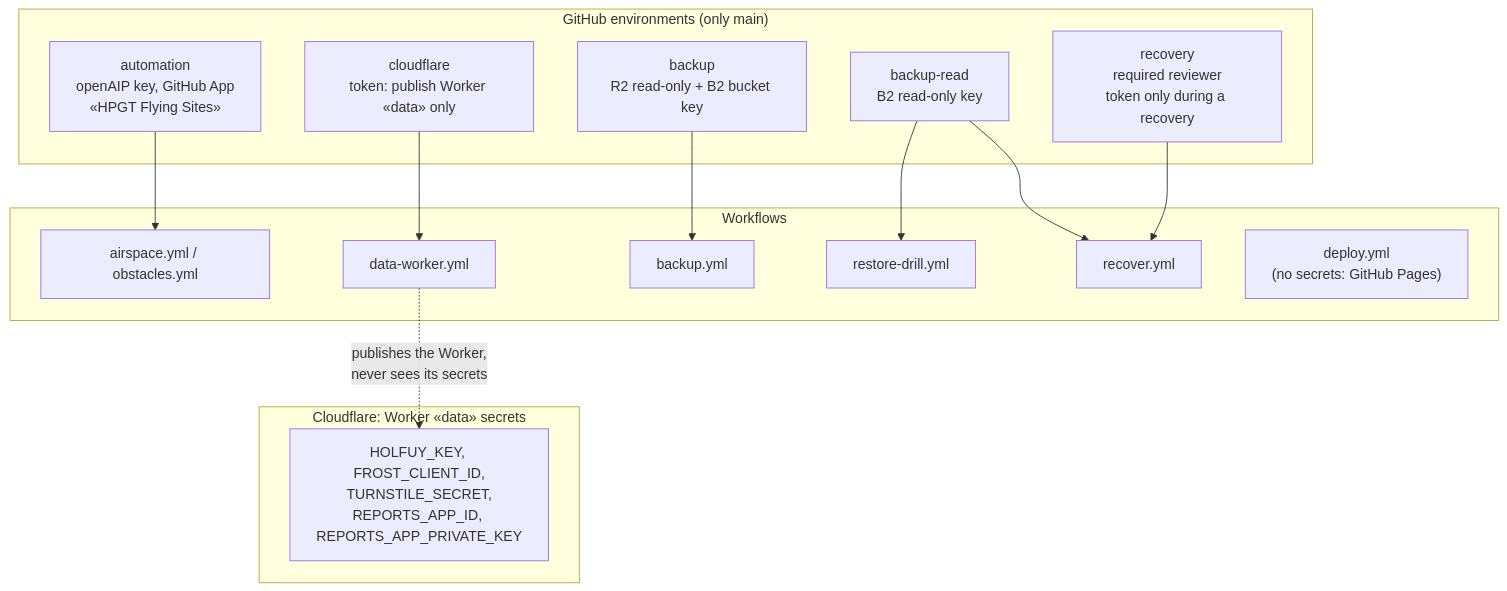
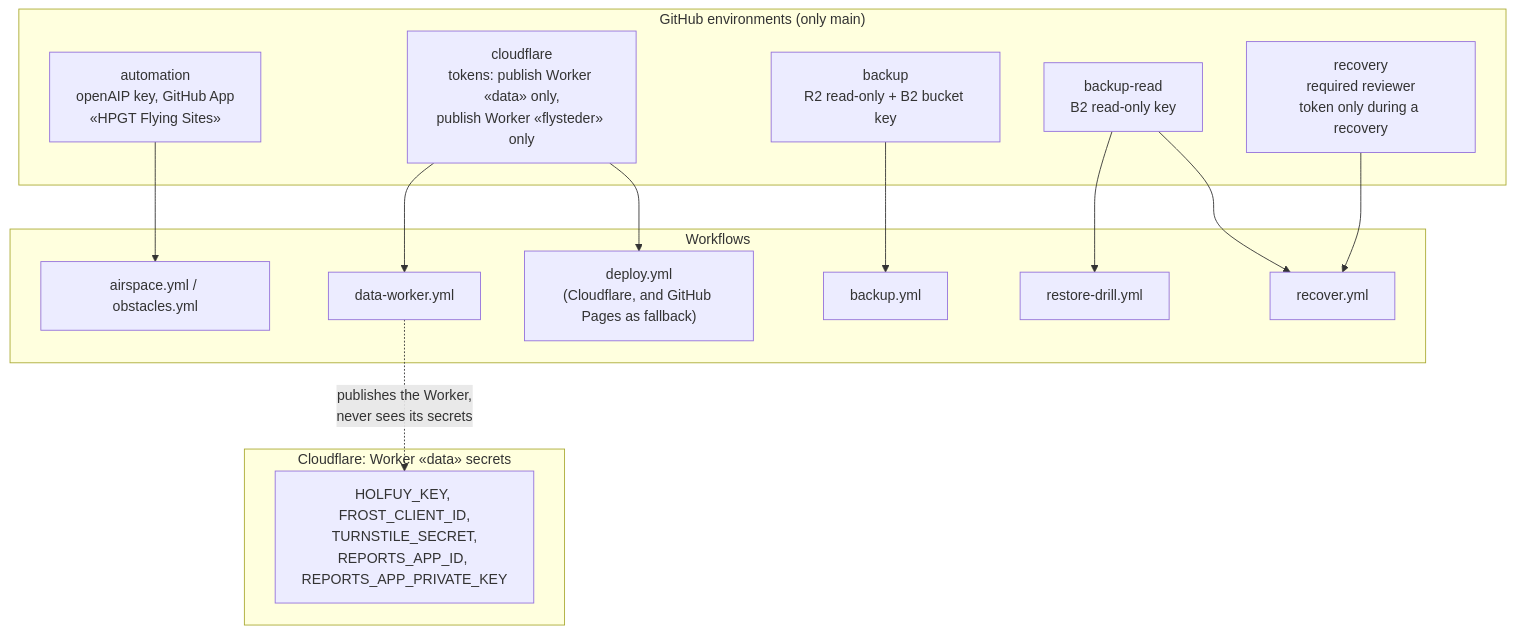
Before and after one commit to hpgt-com/flying-sites: the seventh of 7 diagrams in docs/architecture.md, drawn with Mermaid. The commit also changed other lines of this file and 4 other files, not shown here.

First line of the commit message:
Dokumentasjon: ADR 0006 om at Cloudflare serverer siden, og diagrammene oppdatert (#301)

````diff
--- a/docs/architecture.md
+++ b/docs/architecture.md
@@ -379,31 +381,32 @@
 ```mermaid
 flowchart TB
   subgraph envs["GitHub environments (only main)"]
     automation["automation<br/>openAIP key, GitHub App<br/>«HPGT Flying Sites»"]
-    cloudflare["cloudflare<br/>token: publish Worker «data» only"]
+    cloudflare["cloudflare<br/>tokens: publish Worker «data» only,<br/>publish Worker «flysteder» only"]
     backupenv["backup<br/>R2 read-only + B2 bucket key"]
     backupread["backup-read<br/>B2 read-only key"]
     recovery["recovery<br/>required reviewer<br/>token only during a recovery"]
   end
 
   subgraph wf["Workflows"]
     air["airspace.yml / obstacles.yml"]
     dw["data-worker.yml"]
     bk["backup.yml"]
     drillwf["restore-drill.yml"]
     rc["recover.yml"]
-    dep["deploy.yml<br/>(no secrets: GitHub Pages)"]
+    dep["deploy.yml<br/>(Cloudflare, and GitHub Pages as fallback)"]
   end
 
   subgraph cfsecrets["Cloudflare: Worker «data» secrets"]
     s["HOLFUY_KEY, FROST_CLIENT_ID,<br/>TURNSTILE_SECRET,<br/>REPORTS_APP_ID, REPORTS_APP_PRIVATE_KEY"]
   end
 
   automation --> air
   cloudflare --> dw
+  cloudflare --> dep
   backupenv --> bk
   backupread --> drillwf
   backupread --> rc
   recovery --> rc
   dw -. "publishes the Worker,<br/>never sees its secrets" .-> s
 ```
````
